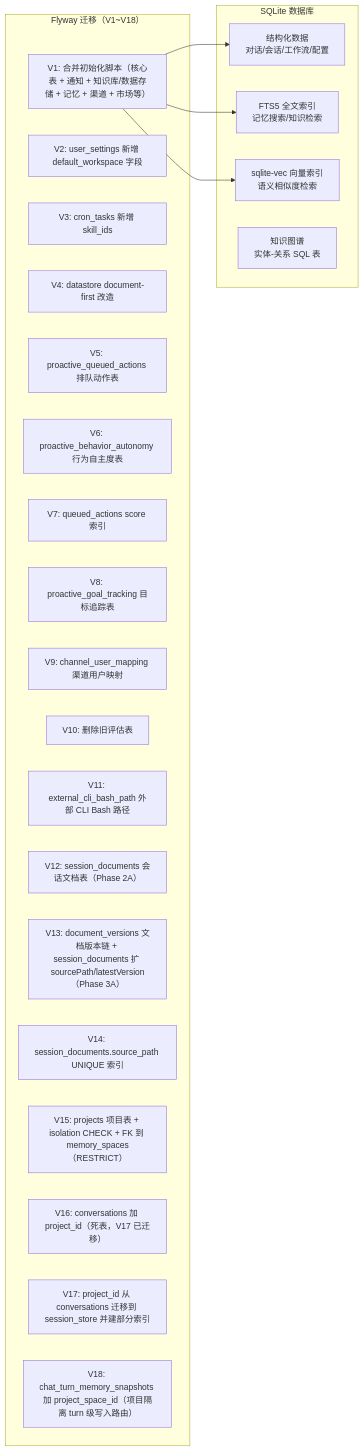
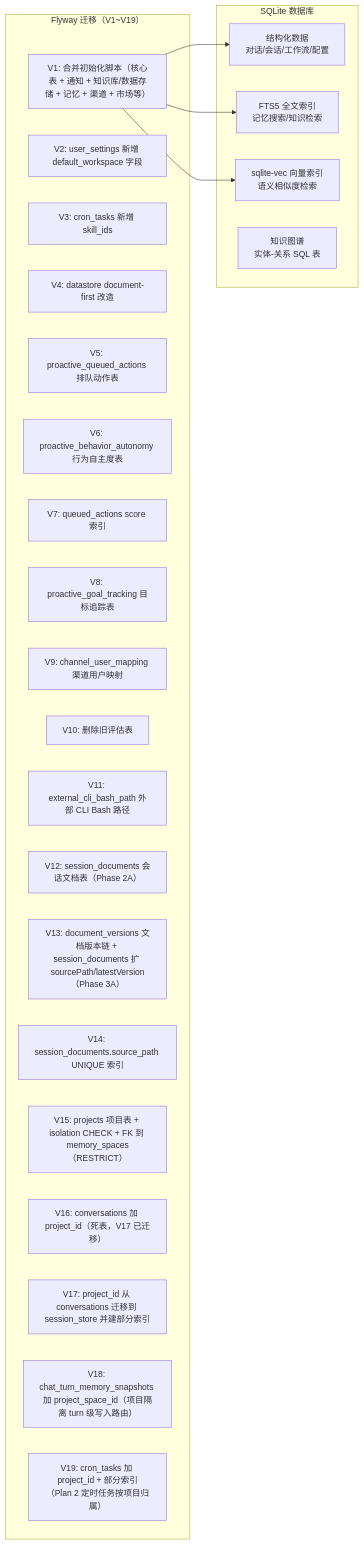
The third of 4 diagrams in docs/ARCHITECTURE.md (ntygod/LifePilot), drawn with Mermaid before and after one commit. The commit also changed other lines of this file and 5 other files, not shown here.

First line of the commit message:
docs(project): Plan 2+3 能力文档同步

````diff
--- a/docs/ARCHITECTURE.md
+++ b/docs/ARCHITECTURE.md
@@ -186,34 +186,35 @@
 ```mermaid
 graph LR
     subgraph "SQLite 数据库"
         SQL["结构化数据<br/>对话/会话/工作流/配置"]
         FTS["FTS5 全文索引<br/>记忆搜索/知识检索"]
         VEC["sqlite-vec 向量索引<br/>语义相似度检索"]
         GRAPH["知识图谱<br/>实体-关系 SQL 表"]
     end
 
-    subgraph "Flyway 迁移（V1~V18）"
+    subgraph "Flyway 迁移（V1~V19）"
         V1["V1: 合并初始化脚本（核心表 + 通知 + 知识库/数据存储 + 记忆 + 渠道 + 市场等）"]
         V2["V2: user_settings 新增 default_workspace 字段"]
         V3["V3: cron_tasks 新增 skill_ids"]
         V4["V4: datastore document-first 改造"]
         V5["V5: proactive_queued_actions 排队动作表"]
         V6["V6: proactive_behavior_autonomy 行为自主度表"]
         V7["V7: queued_actions score 索引"]
         V8["V8: proactive_goal_tracking 目标追踪表"]
         V9["V9: channel_user_mapping 渠道用户映射"]
         V10["V10: 删除旧评估表"]
         V11["V11: external_cli_bash_path 外部 CLI Bash 路径"]
         V12["V12: session_documents 会话文档表（Phase 2A）"]
         V13["V13: document_versions 文档版本链 + session_documents 扩 sourcePath/latestVersion（Phase 3A）"]
         V14["V14: session_documents.source_path UNIQUE 索引"]
         V15["V15: projects 项目表 + isolation CHECK + FK 到 memory_spaces（RESTRICT）"]
         V16["V16: conversations 加 project_id（死表，V17 已迁移）"]
         V17["V17: project_id 从 conversations 迁移到 session_store 并建部分索引"]
         V18["V18: chat_turn_memory_snapshots 加 project_space_id（项目隔离 turn 级写入路由）"]
+        V19["V19: cron_tasks 加 project_id + 部分索引（Plan 2 定时任务按项目归属）"]
     end
 
     V1 --> SQL
     V1 --> FTS
     V1 --> VEC
 ```
````
